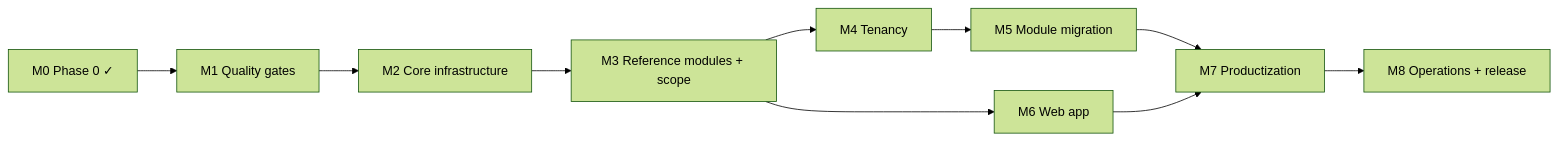
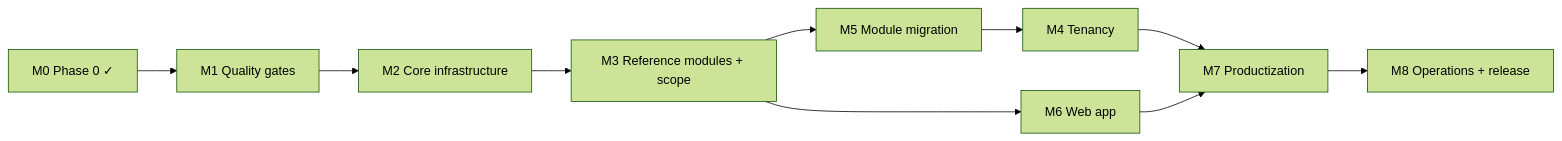
One commit to King2H/Standard-Bookstore-ERP changed the diagram in docs/v2/roadmap.md. Above: the diagram before and after it, drawn with Mermaid (forest theme). The commit also changed other lines of this file, not shown here.

First line of the commit message:
Move tenancy after module migration in the roadmap (#78)

````diff
--- a/docs/v2/roadmap.md
+++ b/docs/v2/roadmap.md
@@ -34,5 +37,5 @@
 ```mermaid
 flowchart LR
-  M0[M0 Phase 0 ✓] --> M1[M1 Quality gates] --> M2[M2 Core infrastructure] --> M3[M3 Reference modules + scope] --> M4[M4 Tenancy] --> M5[M5 Module migration] --> M7[M7 Productization] --> M8[M8 Operations + release]
+  M0[M0 Phase 0 ✓] --> M1[M1 Quality gates] --> M2[M2 Core infrastructure] --> M3[M3 Reference modules + scope] --> M5[M5 Module migration] --> M4[M4 Tenancy] --> M7[M7 Productization] --> M8[M8 Operations + release]
   M3 --> M6[M6 Web app] --> M7
 ```
````
